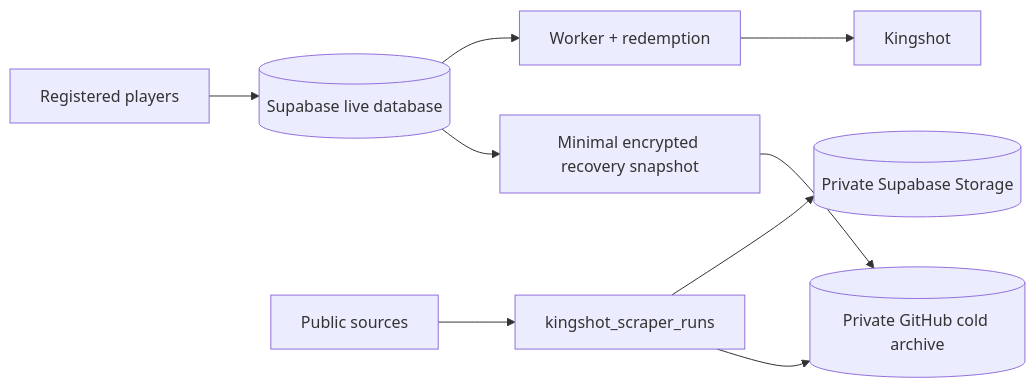
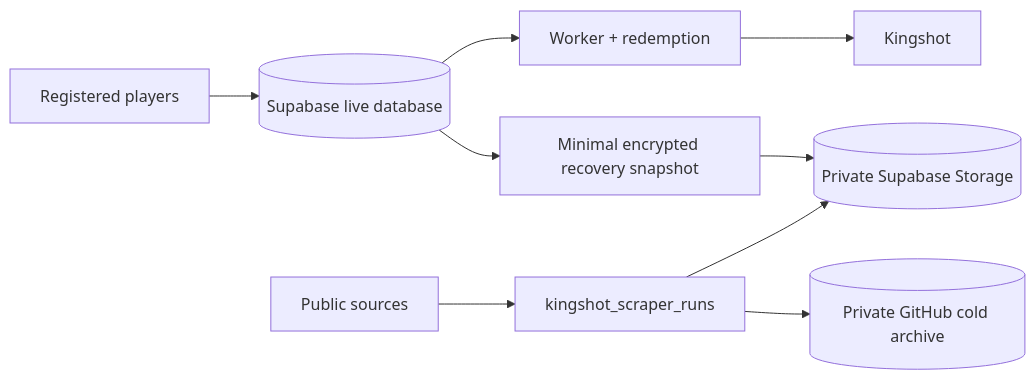
One commit to Judson-web/kingshot-auto-redeemer changed the second of 2 diagrams in README.md. Above: the diagram before and after it, drawn with Mermaid. The commit also changed other lines of this file, not shown here.

````diff
--- a/README.md
+++ b/README.md
@@ -116,11 +94,11 @@
 ```mermaid
 flowchart LR
     U[Registered players] --> DB[(Supabase live database)]
     DB --> W[Worker + redemption]
     W --> K[Kingshot]
     C[Public sources] --> A[kingshot_scraper_runs]
     A --> ST[(Private Supabase Storage)]
     A --> GH[(Private GitHub cold archive)]
     DB --> DR[Minimal encrypted recovery snapshot]
-    DR --> GH
+    DR --> ST
 ```
````
